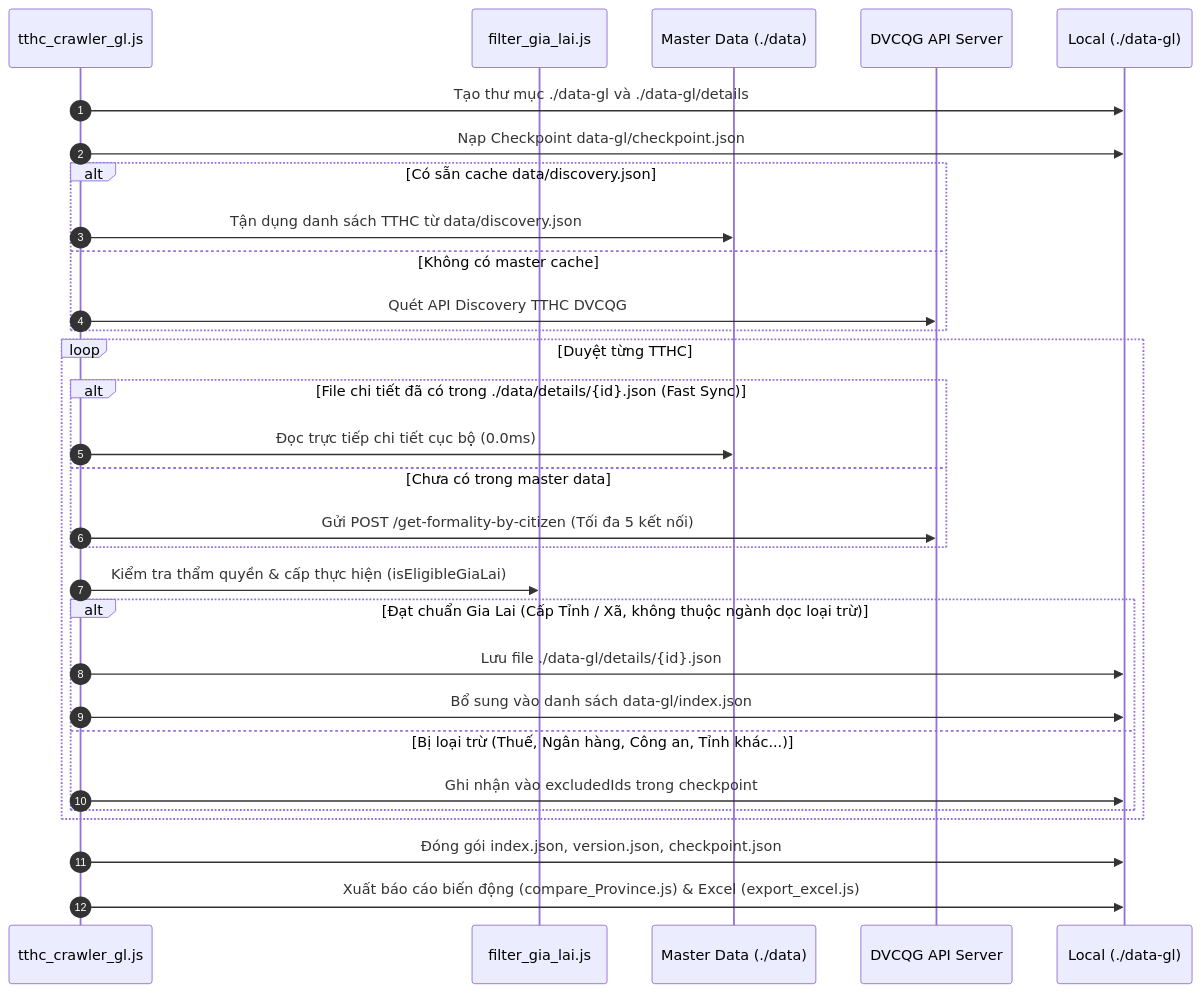
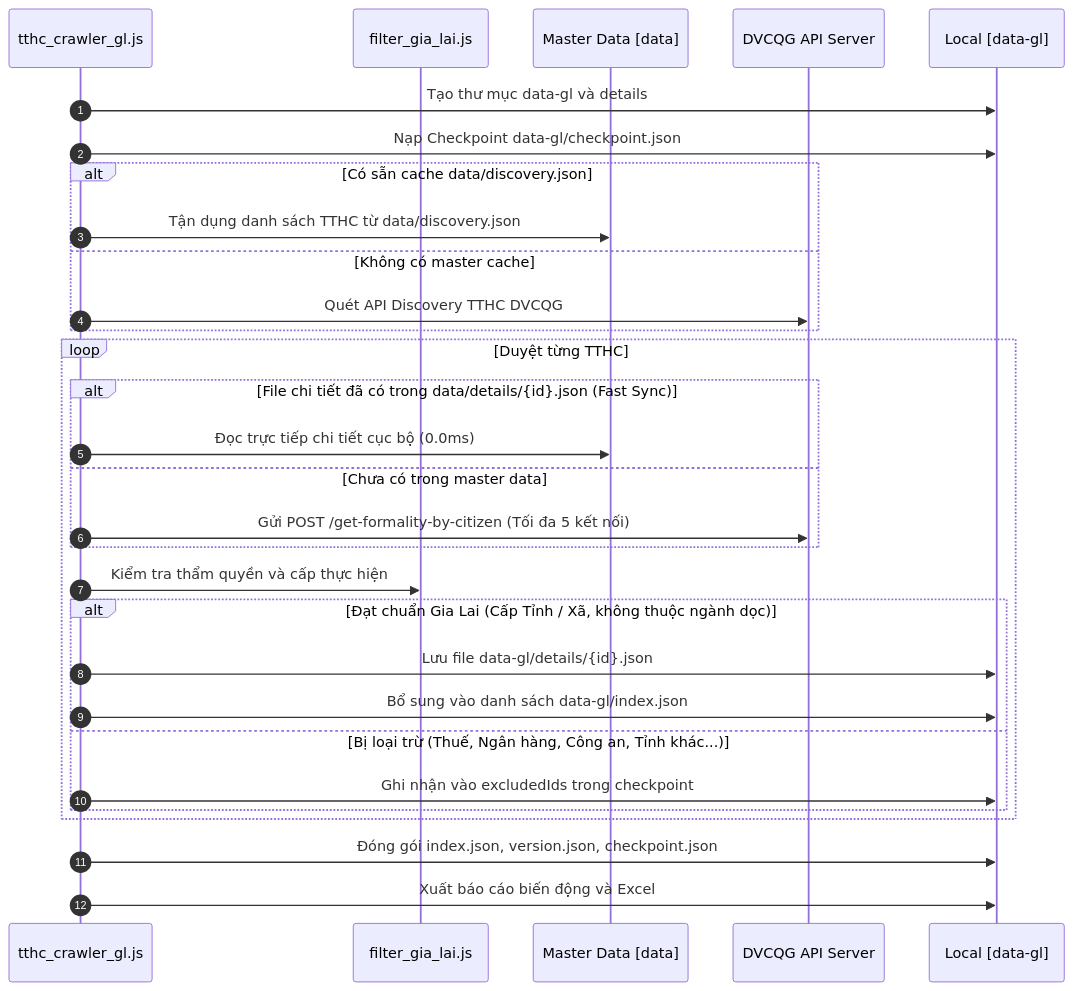
Before and after one commit to duynghiaqn/Crawler-TTHC: the third of 3 diagrams in README.md, drawn with Mermaid. The commit also changed other lines of this file, not shown here.

Commit message:
fix(docs): sua loi cu phap Mermaid syntax trong README de hien thi rich display chuan

````diff
--- a/README.md
+++ b/README.md
@@ -123,36 +148,36 @@
 ```mermaid
 sequenceDiagram
     autonumber
     participant GLApp as tthc_crawler_gl.js
     participant Filter as filter_gia_lai.js
-    participant Master as Master Data (./data)
+    participant Master as Master Data [data]
     participant API as DVCQG API Server
-    participant GLStore as Local (./data-gl)
+    participant GLStore as Local [data-gl]
 
-    GLApp->>GLStore: Tạo thư mục ./data-gl và ./data-gl/details
+    GLApp->>GLStore: Tạo thư mục data-gl và details
     GLApp->>GLStore: Nạp Checkpoint data-gl/checkpoint.json
     
     alt Có sẵn cache data/discovery.json
         GLApp->>Master: Tận dụng danh sách TTHC từ data/discovery.json
     else Không có master cache
         GLApp->>API: Quét API Discovery TTHC DVCQG
     end
 
     loop Duyệt từng TTHC
-        alt File chi tiết đã có trong ./data/details/{id}.json (Fast Sync)
+        alt File chi tiết đã có trong data/details/{id}.json (Fast Sync)
             GLApp->>Master: Đọc trực tiếp chi tiết cục bộ (0.0ms)
         else Chưa có trong master data
             GLApp->>API: Gửi POST /get-formality-by-citizen (Tối đa 5 kết nối)
         end
-        GLApp->>Filter: Kiểm tra thẩm quyền & cấp thực hiện (isEligibleGiaLai)
-        alt Đạt chuẩn Gia Lai (Cấp Tỉnh / Xã, không thuộc ngành dọc loại trừ)
-            GLApp->>GLStore: Lưu file ./data-gl/details/{id}.json
+        GLApp->>Filter: Kiểm tra thẩm quyền và cấp thực hiện
+        alt Đạt chuẩn Gia Lai (Cấp Tỉnh / Xã, không thuộc ngành dọc)
+            GLApp->>GLStore: Lưu file data-gl/details/{id}.json
             GLApp->>GLStore: Bổ sung vào danh sách data-gl/index.json
         else Bị loại trừ (Thuế, Ngân hàng, Công an, Tỉnh khác...)
             GLApp->>GLStore: Ghi nhận vào excludedIds trong checkpoint
         end
     end
 
     GLApp->>GLStore: Đóng gói index.json, version.json, checkpoint.json
-    GLApp->>GLStore: Xuất báo cáo biến động (compare_Province.js) & Excel (export_excel.js)
+    GLApp->>GLStore: Xuất báo cáo biến động và Excel
 ```
````
